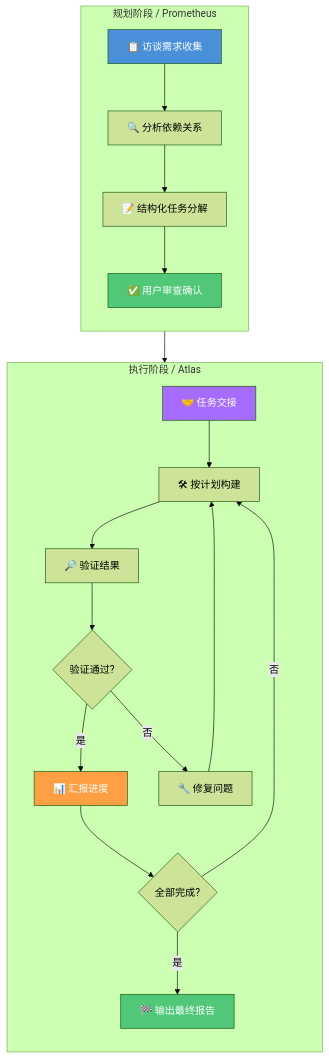
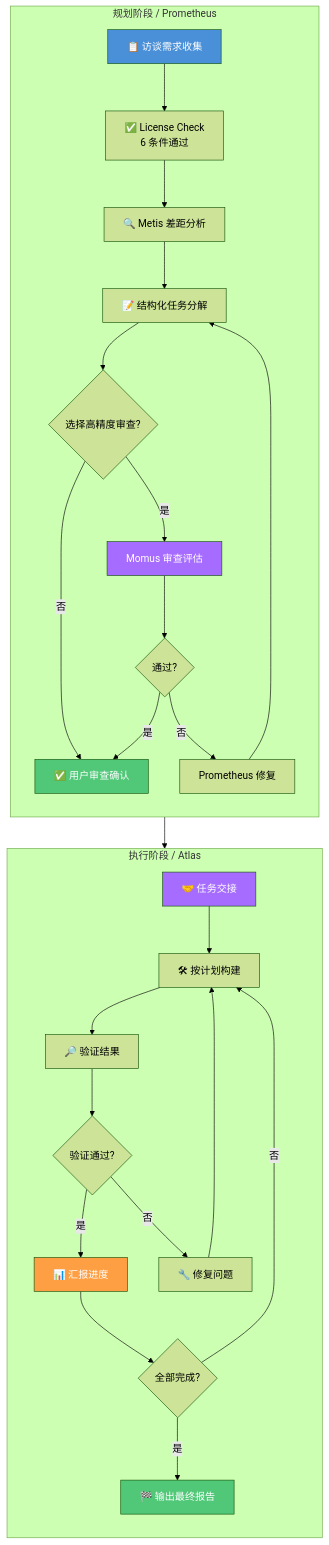
Before and after one commit to tonydeng/harness-engineering-from-oc-to-ai-coding: the second of 2 diagrams in src/04-workflows/prometheus-mode.md, drawn with Mermaid (forest theme). The commit also changed other lines of this file and 331 other files, not shown here.

````diff
--- a/src/04-workflows/prometheus-mode.md
+++ b/src/04-workflows/prometheus-mode.md
@@ -169,32 +198,40 @@
 ```mermaid
 flowchart TB
-    P4[✅ 用户审查确认]
+    P5[✅ 用户审查确认]
 
     subgraph Plan[规划阶段 / Prometheus]
         direction TB
-        P1[📋 访谈需求收集] --> P2[🔍 分析依赖关系]
-        P2 --> P3[📝 结构化任务分解]
-        P3 --> P4
+        P1[📋 访谈需求收集] --> P2[✅ License Check<br/>6 条件通过]
+        P2 --> P3[🔍 Metis 差距分析]
+        P3 --> P4[📝 结构化任务分解]
+        P4 --> P4a{选择高精度审查?}
+        P4a -->|否| P5
+        P4a -->|是| P4b[Momus 审查评估]
+        P4b --> P4c{通过?}
+        P4c -->|否| P4d[Prometheus 修复]
+        P4d --> P4
+        P4c -->|是| P5
     end
 
-    P4 --> E1[🤝 任务交接]
+    P5 --> E1[🤝 任务交接]
 
     subgraph Execute[执行阶段 / Atlas]
         direction TB
         E1 --> E2[🛠 按计划构建]
         E2 --> E3[🔎 验证结果]
         E3 --> E4{验证通过?}
         E4 -->|是| E5[📊 汇报进度]
         E4 -->|否| E6[🔧 修复问题]
         E6 --> E2
         E5 --> E7{全部完成?}
         E7 -->|否| E2
         E7 -->|是| E8[🏁 输出最终报告]
     end
 
     style P1 fill:#4A90D9,color:#fff
-    style P4 fill:#50C878,color:#fff
+    style P5 fill:#50C878,color:#fff
+    style P4b fill:#A66CFF,color:#fff
     style E1 fill:#A66CFF,color:#fff
     style E5 fill:#FF9F43,color:#fff
     style E8 fill:#50C878,color:#fff
 ```
````
